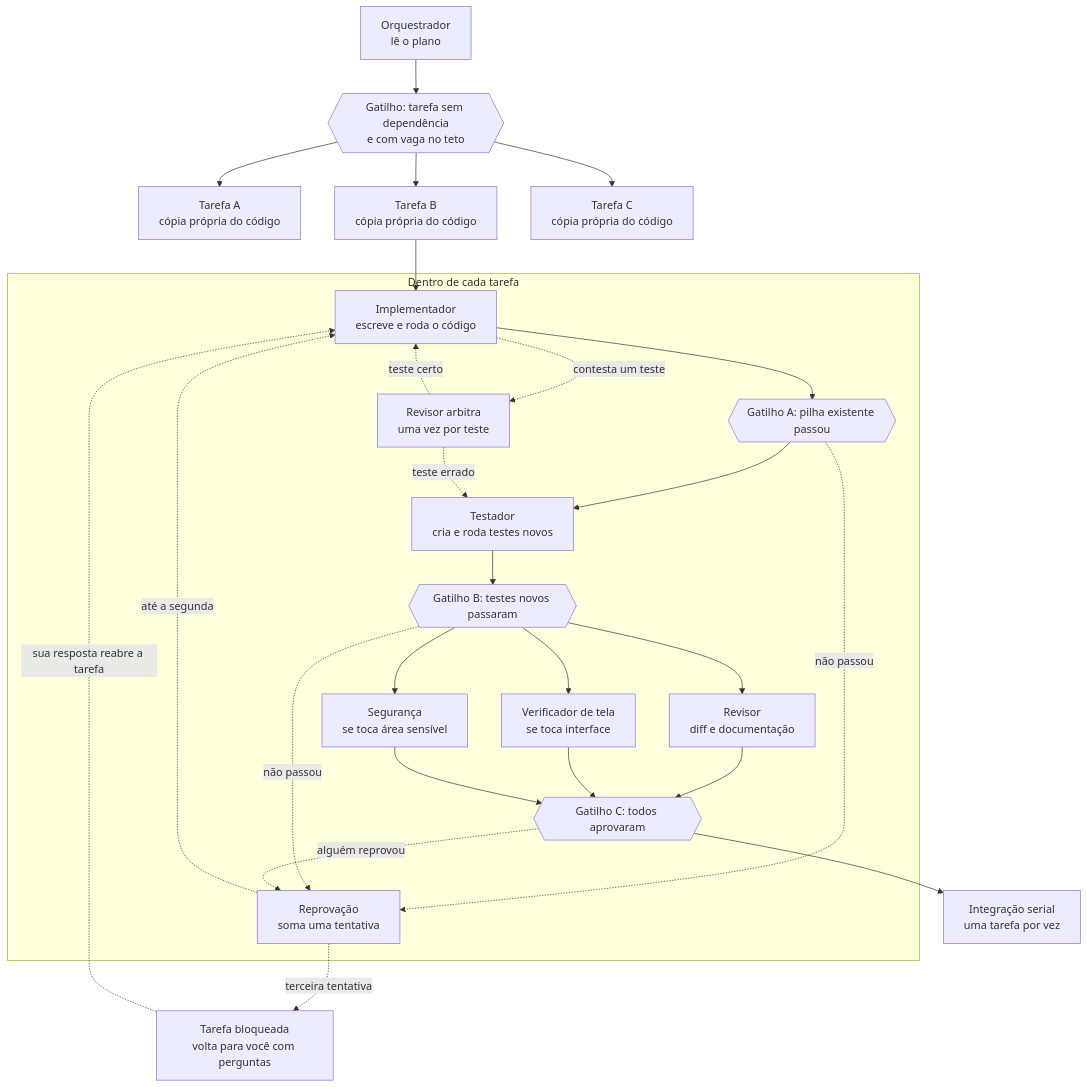
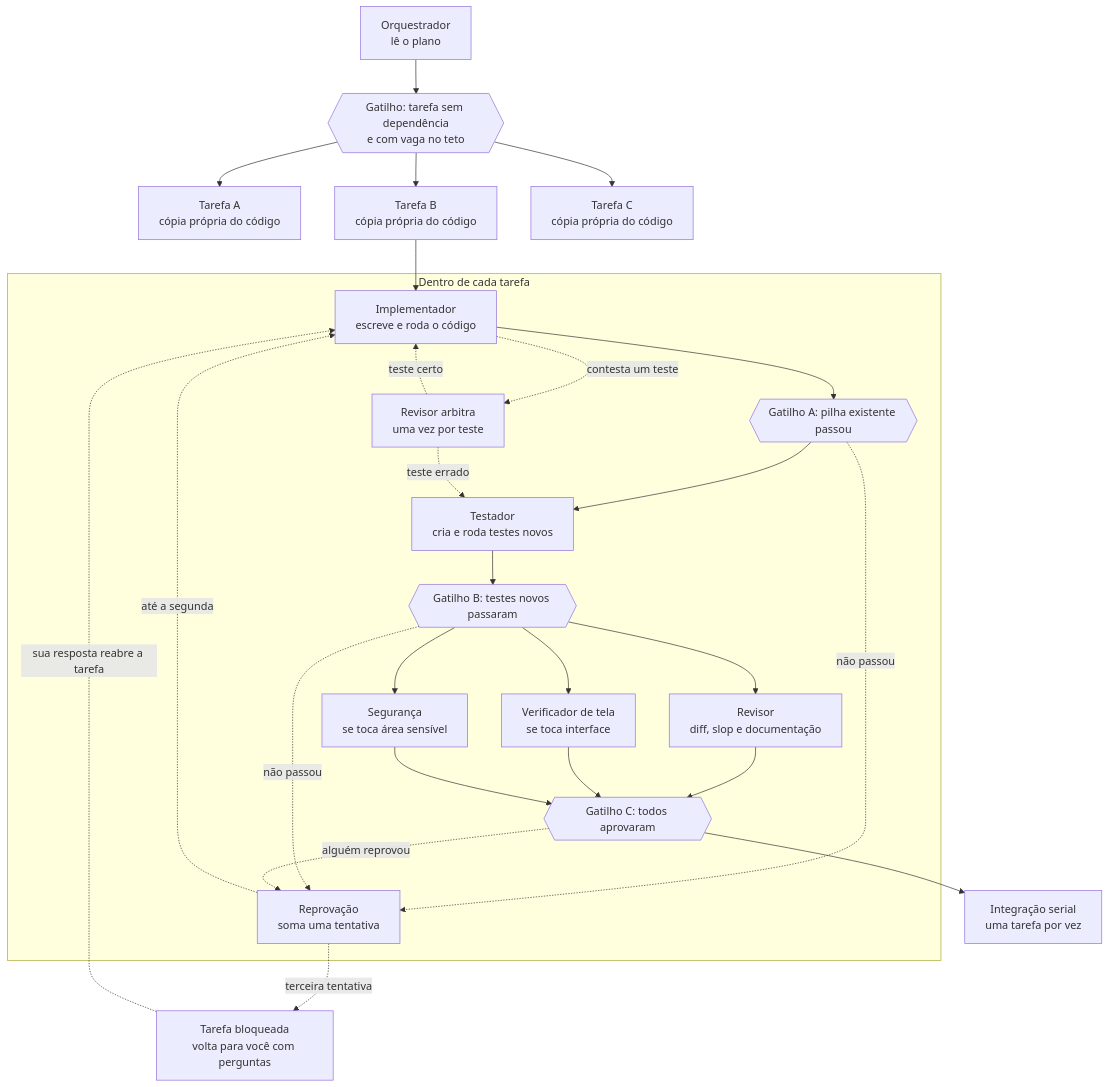
The fourth of 6 diagrams in README.md (CAAD-LABS/CYBERSTACK), drawn with Mermaid before and after one commit. The commit also changed other lines of this file, not shown here.

Commit message:
README: desenho geral com a entrega sozinha do /preparar e o slop

````diff
--- a/README.md
+++ b/README.md
@@ -207,48 +209,48 @@
 ```mermaid
 flowchart TD
     O["Orquestrador<br/>lê o plano"]
     G0{{"Gatilho: tarefa sem dependência<br/>e com vaga no teto"}}
     TA["Tarefa A<br/>cópia própria do código"]
     TB["Tarefa B<br/>cópia própria do código"]
     TC["Tarefa C<br/>cópia própria do código"]
 
     O --> G0
     G0 --> TA
     G0 --> TB
     G0 --> TC
     TB --> IMP
 
     subgraph CADA["Dentro de cada tarefa"]
         IMP["Implementador<br/>escreve e roda o código"]
         GA{{"Gatilho A: pilha existente passou"}}
         TES["Testador<br/>cria e roda testes novos"]
         GB{{"Gatilho B: testes novos passaram"}}
-        REV["Revisor<br/>diff e documentação"]
+        REV["Revisor<br/>diff, slop e documentação"]
         TEL["Verificador de tela<br/>se toca interface"]
         SEG["Segurança<br/>se toca área sensível"]
         GC{{"Gatilho C: todos aprovaram"}}
         REP["Reprovação<br/>soma uma tentativa"]
         ARB["Revisor arbitra<br/>uma vez por teste"]
 
         IMP --> GA
         GA --> TES
         TES --> GB
         GB --> REV
         GB --> TEL
         GB --> SEG
         REV --> GC
         TEL --> GC
         SEG --> GC
         GA -.->|não passou| REP
         GB -.->|não passou| REP
         GC -.->|alguém reprovou| REP
         REP -.->|até a segunda| IMP
         IMP -.->|contesta um teste| ARB
         ARB -.->|teste errado| TES
         ARB -.->|teste certo| IMP
     end
 
     GC --> INT["Integração serial<br/>uma tarefa por vez"]
     REP -.->|terceira tentativa| BLQ["Tarefa bloqueada<br/>volta para você com perguntas"]
     BLQ -.->|sua resposta reabre a tarefa| IMP
 ```
````
